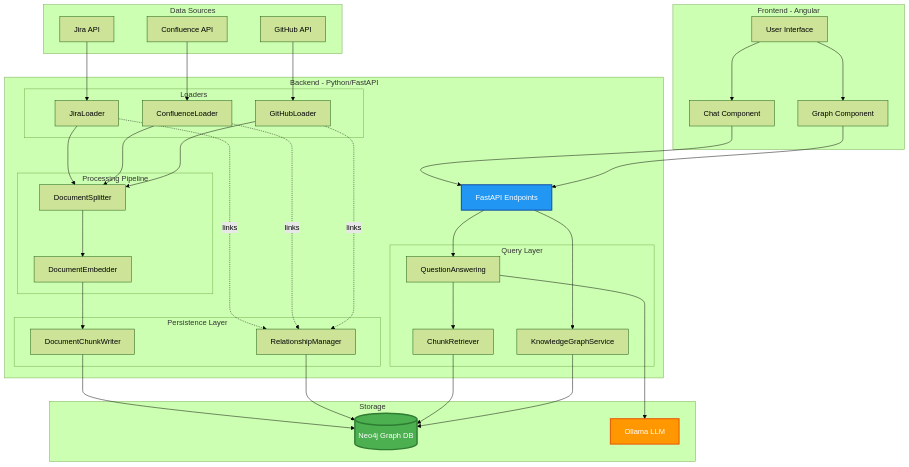
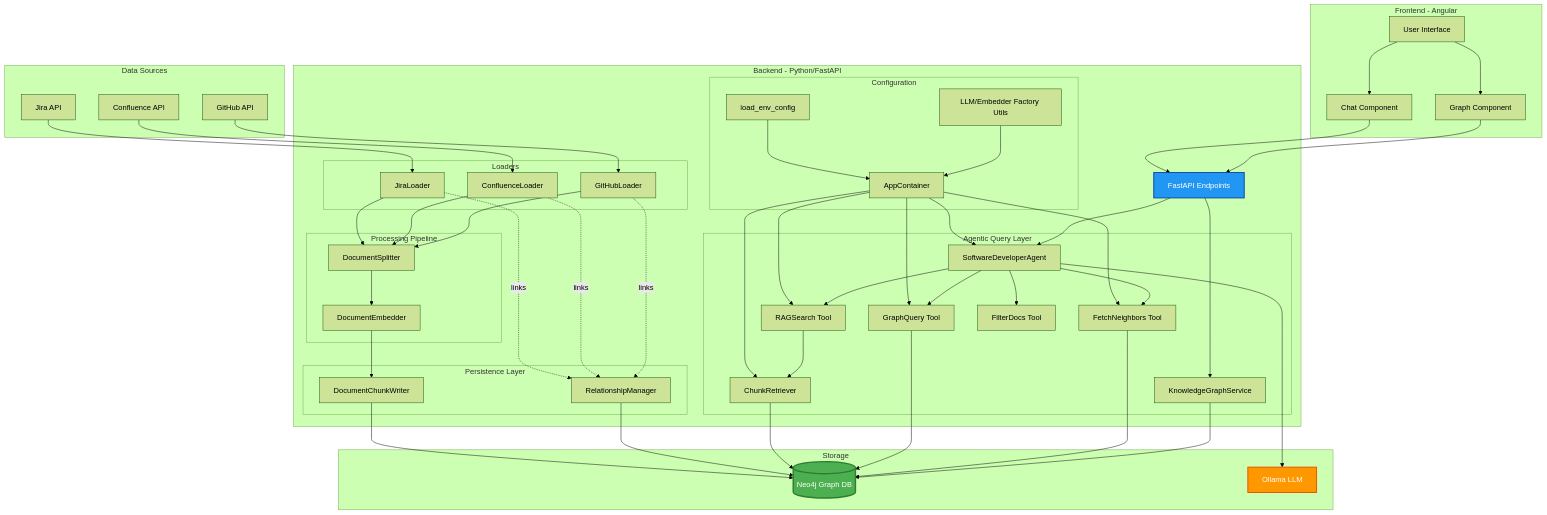
The first of 6 diagrams in docs/ARCHITECTURE.md (TrisNol/project-kraken), drawn with Mermaid (forest theme) before and after one commit. The commit also changed other lines of this file and 2 other files, not shown here.

```diff
--- a/docs/ARCHITECTURE.md
+++ b/docs/ARCHITECTURE.md
@@ -34,10 +37,20 @@
             RM[RelationshipManager]
         end
         
-        subgraph "Query Layer"
+        subgraph "Agentic Query Layer"
+            Agent[SoftwareDeveloperAgent]
+            RAGTool[RAGSearch Tool]
+            GraphTool[GraphQuery Tool]
+            NeighborTool[FetchNeighbors Tool]
+            FilterTool[FilterDocs Tool]
             CR[ChunkRetriever]
-            QA[QuestionAnswering]
             GS[KnowledgeGraphService]
+        end
+
+        subgraph "Configuration"
+            CFG[load_env_config]
+            DI[AppContainer]
+            SET[LLM/Embedder Factory Utils]
         end
         
         API[FastAPI Endpoints]
@@ -71,11 +84,26 @@
     GL -.links.-> RM
     RM --> Neo4j
     
-    API --> QA
+    CFG --> DI
+    SET --> DI
+    DI --> Agent
+    DI --> RAGTool
+    DI --> GraphTool
+    DI --> NeighborTool
+    DI --> CR
+
+    API --> Agent
     API --> GS
-    QA --> CR
+    Agent --> RAGTool
+    Agent --> GraphTool
+    Agent --> NeighborTool
+    Agent --> FilterTool
+
+    RAGTool --> CR
     CR --> Neo4j
-    QA --> Ollama
+    GraphTool --> Neo4j
+    NeighborTool --> Neo4j
+    Agent --> Ollama
     GS --> Neo4j
     
     UI --> Chat
```
